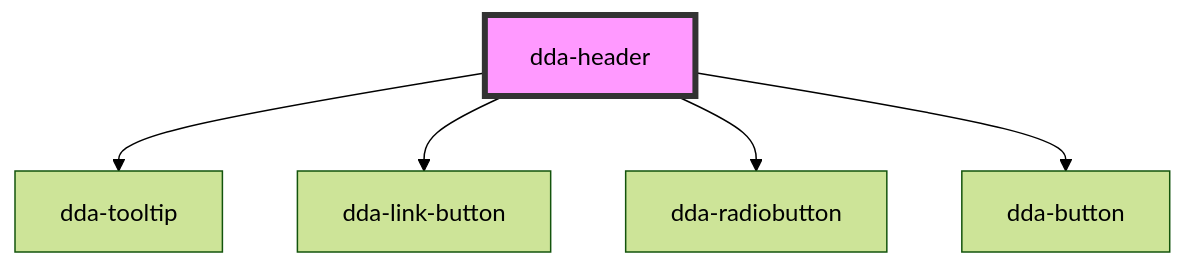
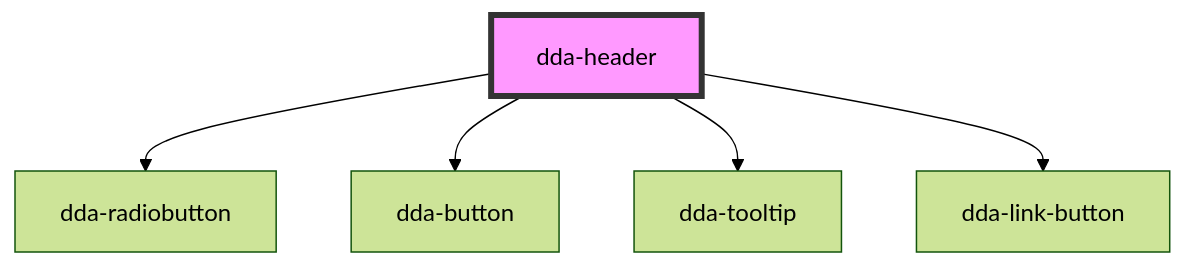
The diagram in packages/stencil/src/components/dda-header/readme.md (saleh-lootah/dubai-design-system), drawn with Mermaid (forest theme) before and after one commit. The commit also changed other lines of this file and 7 other files, not shown here.

First line of the commit message:
feat(dda-header): text props for the accessibility panel, selected state, read_speaker_link

````diff
--- a/packages/stencil/src/components/dda-header/readme.md
+++ b/packages/stencil/src/components/dda-header/readme.md
@@ -68,8 +83,8 @@
 ```mermaid
 graph TD;
+  dda-header --> dda-radiobutton
+  dda-header --> dda-button
   dda-header --> dda-tooltip
   dda-header --> dda-link-button
-  dda-header --> dda-radiobutton
-  dda-header --> dda-button
   style dda-header fill:#f9f,stroke:#333,stroke-width:4px
 ```
````
